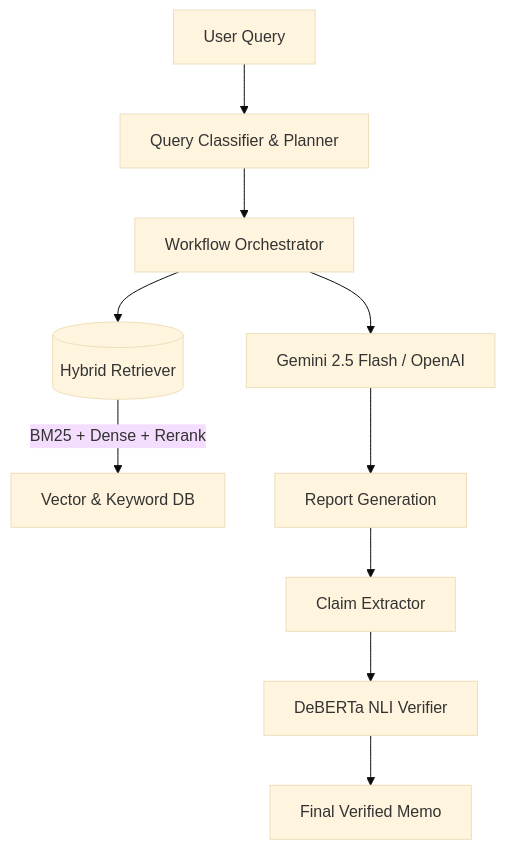
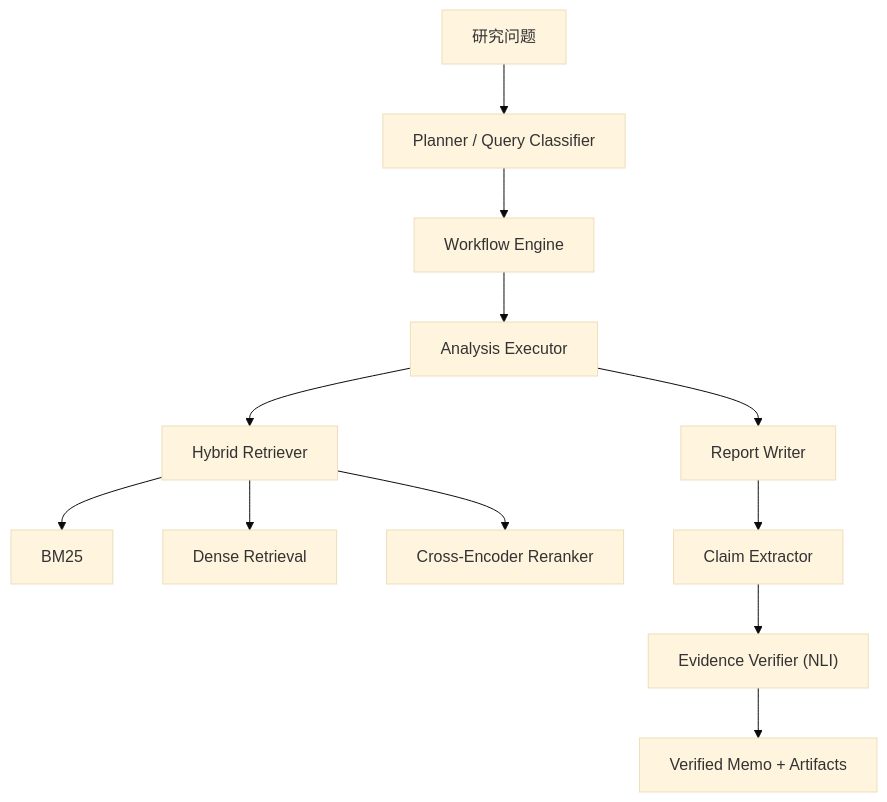
One commit to zuesjiang-cyber/bizintel-agent changed the diagram in README.md. Above: the diagram before and after it, drawn with Mermaid (base theme). The commit also changed other lines of this file and 128 other files, not shown here.

Commit message:
Implement evidence-first research workflow updates

````diff
--- a/README.md
+++ b/README.md
@@ -13,12 +48,14 @@
 ```mermaid
-graph TD;
-    User[User Query] --> Planner[Query Classifier & Planner];
-    Planner --> Orchestrator[Workflow Orchestrator];
-    Orchestrator --> HybridRetriever[(Hybrid Retriever)];
-    HybridRetriever -- BM25 + Dense + Rerank --> Docs[Vector & Keyword DB];
-    Orchestrator --> LLM[Gemini 2.5 Flash / OpenAI];
-    LLM --> ReportWriter[Report Generation];
-    ReportWriter --> ClaimExtractor[Claim Extractor];
-    ClaimExtractor --> NLIVerifier[DeBERTa NLI Verifier];
-    NLIVerifier --> Output[Final Verified Memo];
+flowchart TD
+    User["研究问题"] --> Planner["Planner / Query Classifier"]
+    Planner --> Engine["Workflow Engine"]
+    Engine --> Executor["Analysis Executor"]
+    Executor --> Retriever["Hybrid Retriever"]
+    Retriever --> BM25["BM25"]
+    Retriever --> Dense["Dense Retrieval"]
+    Retriever --> Rerank["Cross-Encoder Reranker"]
+    Executor --> Writer["Report Writer"]
+    Writer --> Claims["Claim Extractor"]
+    Claims --> Verifier["Evidence Verifier (NLI)"]
+    Verifier --> Memo["Verified Memo + Artifacts"]
 ```
````
